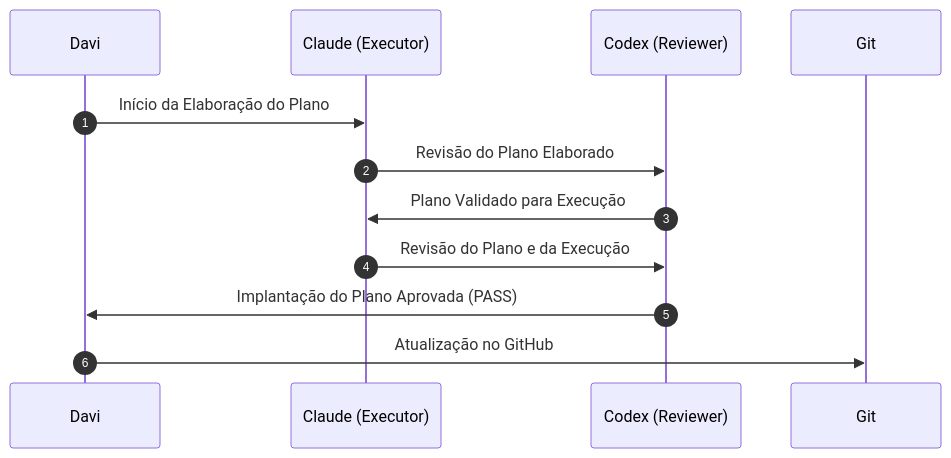
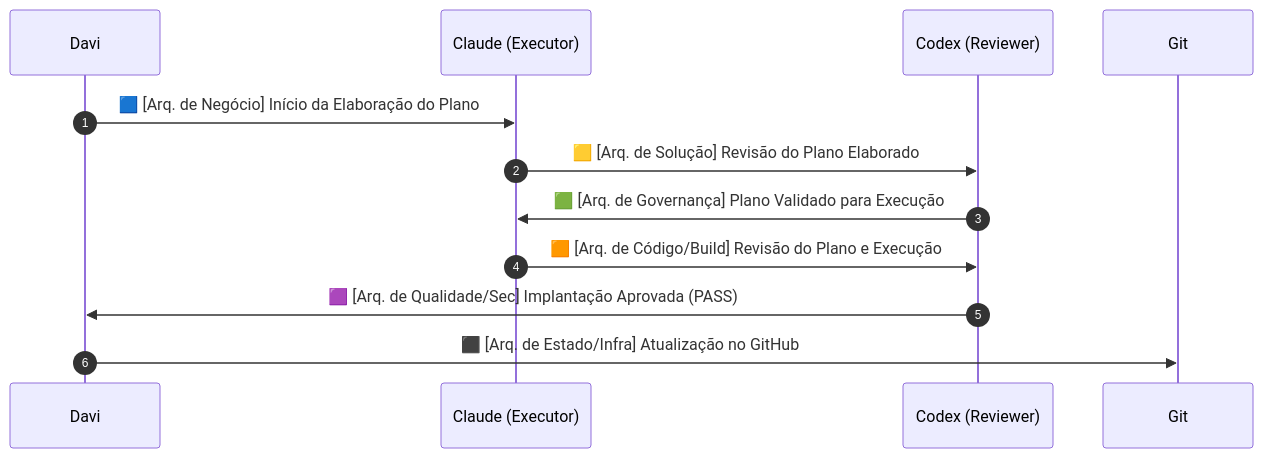
Before and after one commit to cepraea/beach-pro: the diagram in AGENT_POLICY.md, drawn with Mermaid. The commit also changed other lines of this file and 23 other files, not shown here.

````diff
--- a/AGENT_POLICY.md
+++ b/AGENT_POLICY.md
@@ -14,11 +14,10 @@
 ```mermaid
 sequenceDiagram
     autonumber
-    Davi->>Claude (Executor): Início da Elaboração do Plano
-    Claude (Executor)->>Codex (Reviewer): Revisão do Plano Elaborado
-    Codex (Reviewer)->>Claude (Executor): Plano Validado para Execução
-    Claude (Executor)->>Codex (Reviewer): Revisão do Plano e da Execução
-    Codex (Reviewer)->>Davi: Implantação do Plano Aprovada (PASS)
-    Davi->>Git: Atualização no GitHub
-
+    Davi->>Claude (Executor): 🟦 [Arq. de Negócio] Início da Elaboração do Plano
+    Claude (Executor)->>Codex (Reviewer): 🟨 [Arq. de Solução] Revisão do Plano Elaborado
+    Codex (Reviewer)->>Claude (Executor): 🟩 [Arq. de Governança] Plano Validado para Execução
+    Claude (Executor)->>Codex (Reviewer): 🟧 [Arq. de Código/Build] Revisão do Plano e Execução
+    Codex (Reviewer)->>Davi: 🟪 [Arq. de Qualidade/Sec] Implantação Aprovada (PASS)
+    Davi->>Git: ⬛ [Arq. de Estado/Infra] Atualização no GitHub
 ```
````
